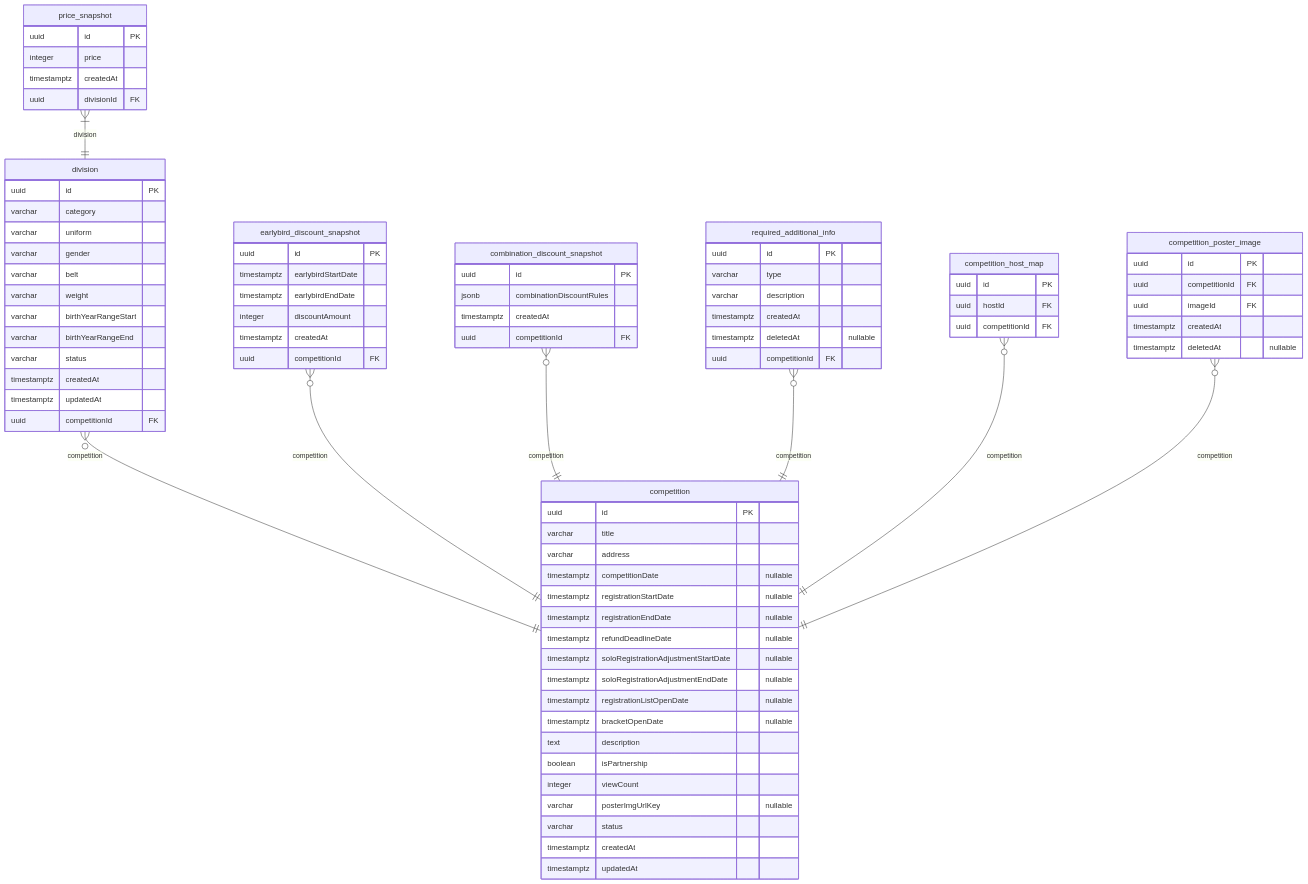
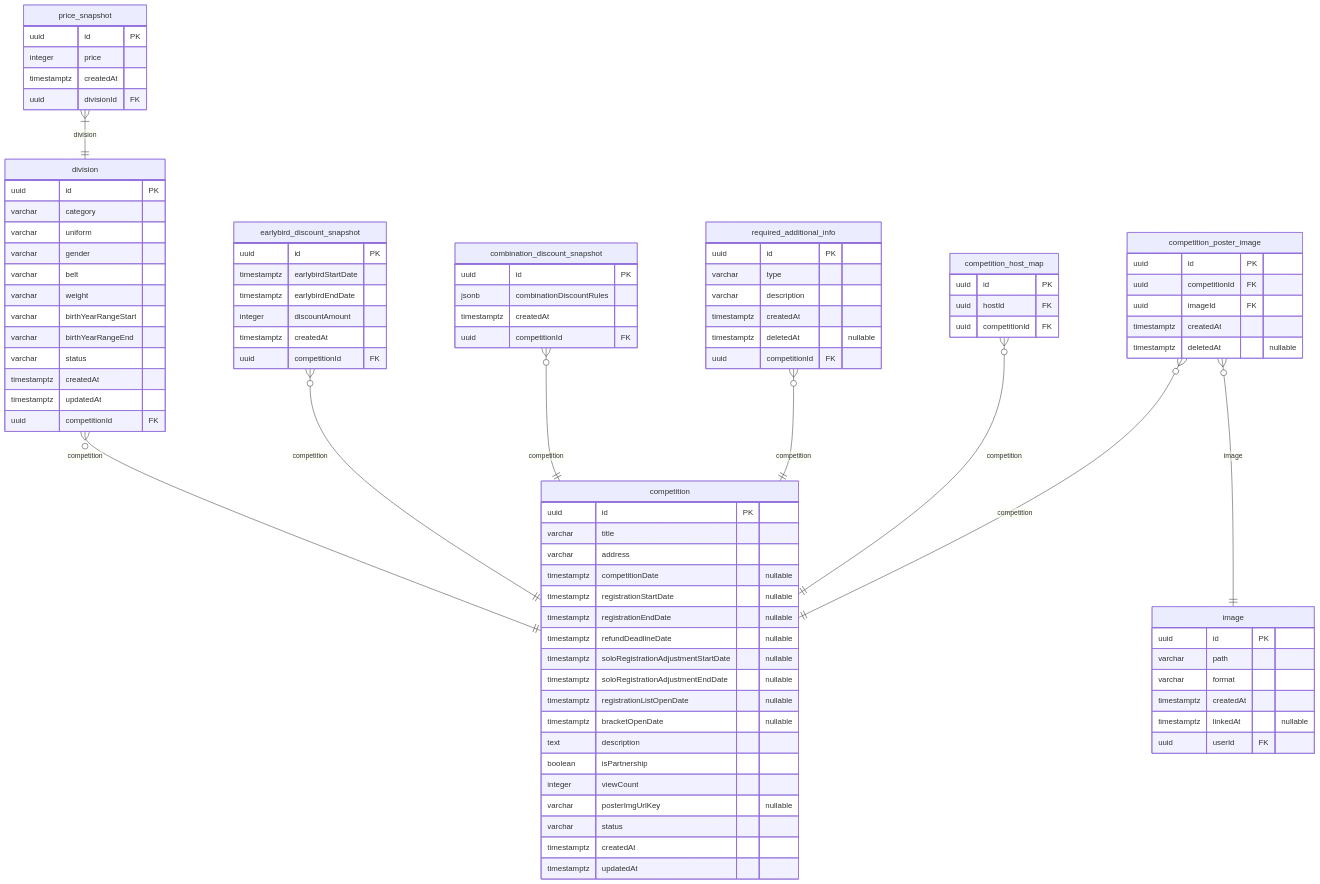
Before and after one commit to NAJUHA-JIUJITSU/najuha-v2-be: the third of 5 diagrams in docs/najiha-v2-erd.md, drawn with Mermaid. The commit also changed other lines of this file and 12 other files, not shown here.

````diff
--- a/docs/najiha-v2-erd.md
+++ b/docs/najiha-v2-erd.md
@@ -396,6 +406,14 @@
     uuid hostId FK
     uuid competitionId FK
   }
+  image {
+    uuid id PK
+    varchar path
+    varchar format
+    timestamptz createdAt
+    timestamptz linkedAt "nullable"
+    uuid userId FK
+  }
   competition_poster_image {
     uuid id PK
     uuid competitionId FK
@@ -430,4 +448,5 @@
   required_additional_info }o--|| competition: competition
   competition_host_map }o--|| competition: competition
   competition_poster_image }o--|| competition: competition
+  competition_poster_image }o--|| image: image
 ```
````
